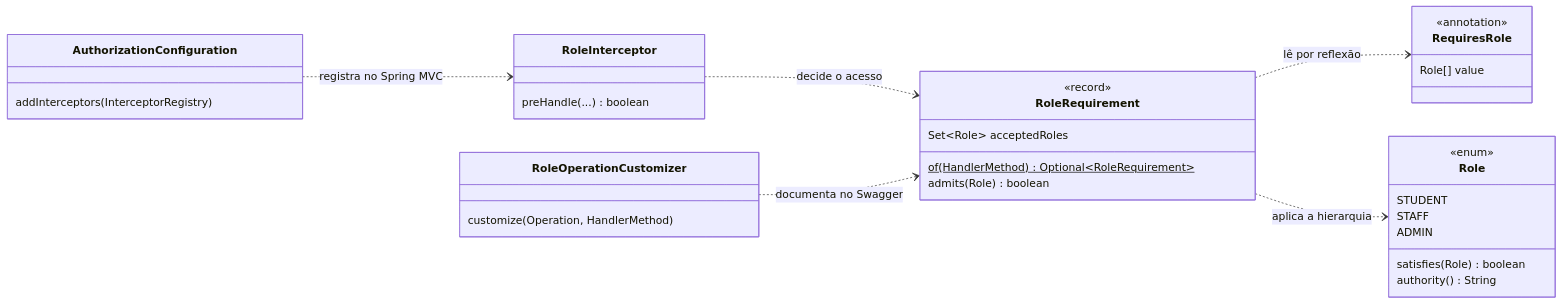
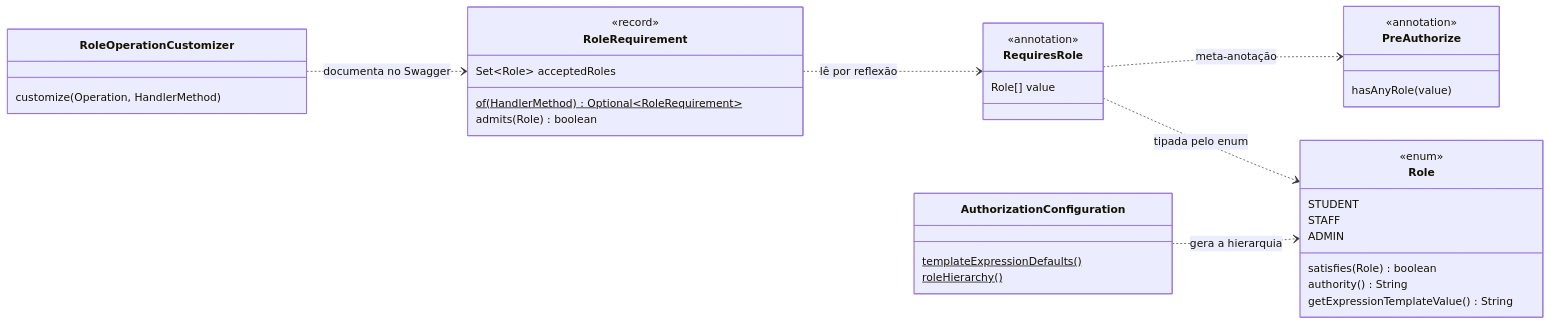
One commit to p1lloww/cade-backend changed the third of 3 diagrams in docs/tecnico/autorizacao.md. Above: the diagram before and after it, drawn with Mermaid. The commit also changed other lines of this file and 14 other files, not shown here.

Commit message:
[ACE-03] @RequiresRole aplicada pelo @PreAuthorize do Spring (D20)

````diff
--- a/docs/tecnico/autorizacao.md
+++ b/docs/tecnico/autorizacao.md
@@ -204,36 +238,39 @@
 ```mermaid
 classDiagram
     direction LR
     class RequiresRole {
         <<annotation>>
         Role[] value
+    }
+    class PreAuthorize {
+        <<annotation>>
+        hasAnyRole(value)
     }
     class Role {
         <<enum>>
         STUDENT
         STAFF
         ADMIN
         satisfies(Role) boolean
         authority() String
+        getExpressionTemplateValue() String
     }
     class RoleRequirement {
         <<record>>
         Set~Role~ acceptedRoles
         of(HandlerMethod)$ Optional~RoleRequirement~
         admits(Role) boolean
     }
-    class RoleInterceptor {
-        preHandle(...) boolean
+    class AuthorizationConfiguration {
+        templateExpressionDefaults()$
+        roleHierarchy()$
     }
     class RoleOperationCustomizer {
         customize(Operation, HandlerMethod)
     }
-    class AuthorizationConfiguration {
-        addInterceptors(InterceptorRegistry)
-    }
+    RequiresRole ..> PreAuthorize : meta-anotação
+    RequiresRole ..> Role : tipada pelo enum
+    AuthorizationConfiguration ..> Role : gera a hierarquia
     RoleRequirement ..> RequiresRole : lê por reflexão
-    RoleRequirement ..> Role : aplica a hierarquia
-    RoleInterceptor ..> RoleRequirement : decide o acesso
     RoleOperationCustomizer ..> RoleRequirement : documenta no Swagger
-    AuthorizationConfiguration ..> RoleInterceptor : registra no Spring MVC
 ```
````
